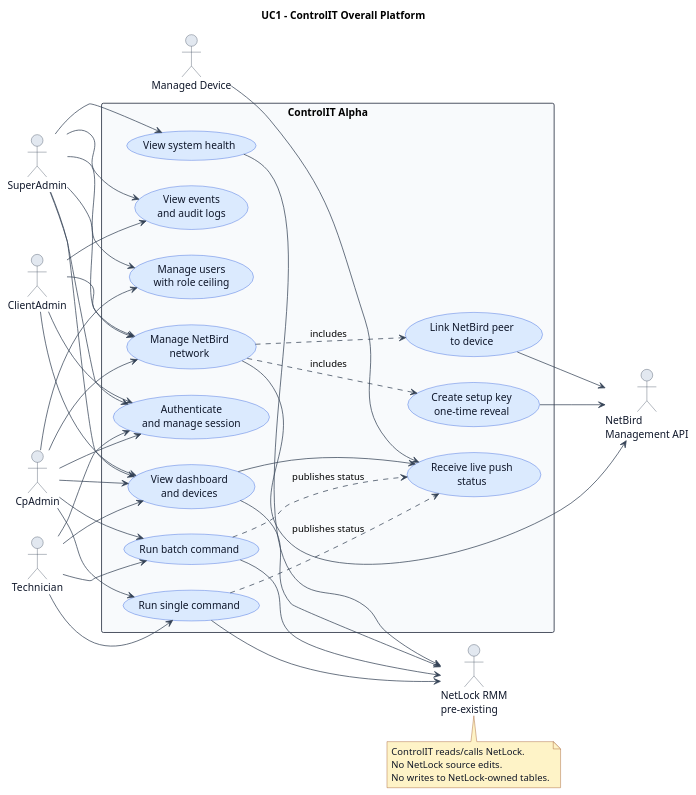
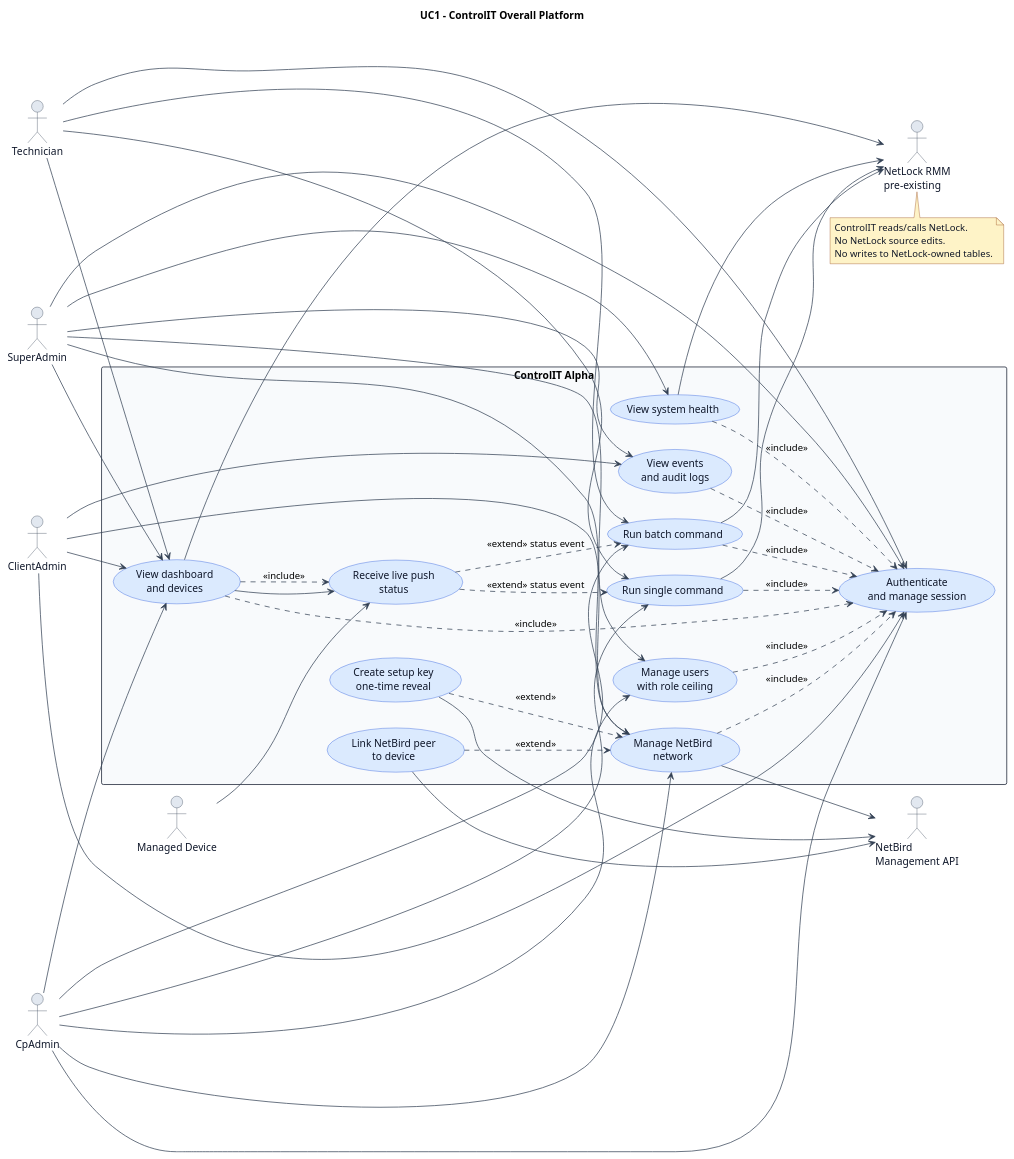
One commit to mahir-m01/NetLock-RMM-API-Layer changed the diagram in diagrams/use-case/uc1-overall.puml. Above: the diagram before and after it, drawn with PlantUML. The commit also changed 6 other files, not shown here.

Commit message:
docs: add UML include extend use-case relations

```diff
--- a/diagrams/use-case/uc1-overall.puml
+++ b/diagrams/use-case/uc1-overall.puml
@@ -1,86 +1,95 @@
 @startuml uc1-overall
 title UC1 - ControlIT Overall Platform
 left to right direction
 skinparam shadowing false
 skinparam backgroundColor white
 skinparam packageStyle rectangle
 skinparam ArrowColor #334155
 skinparam ActorBorderColor #334155
 skinparam ActorBackgroundColor #E2E8F0
 skinparam ActorFontColor #0F172A
 skinparam UsecaseBorderColor #1D4ED8
 skinparam UsecaseBackgroundColor #DBEAFE
 skinparam UsecaseFontColor #0F172A
 skinparam RectangleBorderColor #0F172A
 skinparam RectangleBackgroundColor #F8FAFC
 skinparam NoteBorderColor #92400E
 skinparam NoteBackgroundColor #FEF3C7
 skinparam NoteFontColor #111827
 
 actor "SuperAdmin" as SuperAdmin
 actor "CpAdmin" as CpAdmin
 actor "ClientAdmin" as ClientAdmin
 actor "Technician" as Technician
 actor "Managed Device" as Device
 actor "NetLock RMM\npre-existing" as NetLock
 actor "NetBird\nManagement API" as NetBird
 
 rectangle "ControlIT Alpha" #F8FAFC {
   usecase "Authenticate\nand manage session" as Auth
   usecase "Manage users\nwith role ceiling" as Users
   usecase "View dashboard\nand devices" as Dashboard
   usecase "Receive live push\nstatus" as Push
   usecase "Run single command" as Command
   usecase "Run batch command" as Batch
   usecase "View events\nand audit logs" as Audit
   usecase "Manage NetBird\nnetwork" as Network
   usecase "Create setup key\none-time reveal" as SetupKey
   usecase "Link NetBird peer\nto device" as LinkPeer
   usecase "View system health" as Health
 }
 
 SuperAdmin --> Auth
 SuperAdmin --> Users
 SuperAdmin --> Dashboard
 SuperAdmin --> Audit
 SuperAdmin --> Network
 SuperAdmin --> Health
 
 CpAdmin --> Auth
 CpAdmin --> Users
 CpAdmin --> Dashboard
 CpAdmin --> Network
 CpAdmin --> Command
 CpAdmin --> Batch
 
 ClientAdmin --> Auth
 ClientAdmin --> Dashboard
 ClientAdmin --> Network
 ClientAdmin --> Audit
 
 Technician --> Auth
 Technician --> Dashboard
 Technician --> Command
 Technician --> Batch
 
 Device --> Push
 Dashboard --> Push
 Command --> NetLock
 Batch --> NetLock
 Dashboard --> NetLock
 Health --> NetLock
 Network --> NetBird
 SetupKey --> NetBird
 LinkPeer --> NetBird
 
-Network ..> SetupKey : includes
-Network ..> LinkPeer : includes
-Command ..> Push : publishes status
-Batch ..> Push : publishes status
+Users ..> Auth : <<include>>
+Dashboard ..> Auth : <<include>>
+Command ..> Auth : <<include>>
+Batch ..> Auth : <<include>>
+Audit ..> Auth : <<include>>
+Network ..> Auth : <<include>>
+Health ..> Auth : <<include>>
+
+Dashboard ..> Push : <<include>>
+SetupKey ..> Network : <<extend>>
+LinkPeer ..> Network : <<extend>>
+Push ..> Command : <<extend>> status event
+Push ..> Batch : <<extend>> status event
 
 note bottom of NetLock
   ControlIT reads/calls NetLock.
   No NetLock source edits.
   No writes to NetLock-owned tables.
 end note
 @enduml
```
